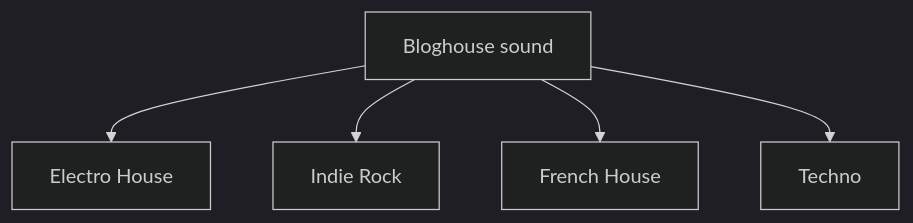
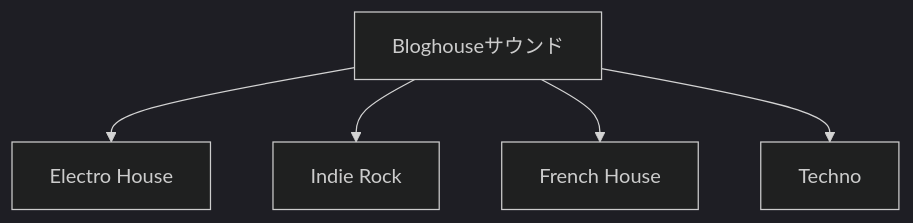
One commit to monumental-movement/monumental-movement.github.io changed the third of 4 diagrams in en/_posts/2026-03-14-column-the-lost-era-of-bloghouse.md. Above: the diagram before and after it, drawn with Mermaid (dark theme). The commit also changed other lines of this file and 2196 other files, not shown here.

```diff
--- a/en/_posts/2026-03-14-column-the-lost-era-of-bloghouse.md
+++ b/en/_posts/2026-03-14-column-the-lost-era-of-bloghouse.md
@@ -192,8 +192,8 @@
 <div class="mermaid">
 graph TD
-A[Bloghouse sound]
+A[Bloghouseサウンド]
 A --> B[Electro House]
 A --> C[Indie Rock]
 A --> D[French House]
 A --> E[Techno]
 </div>
```
